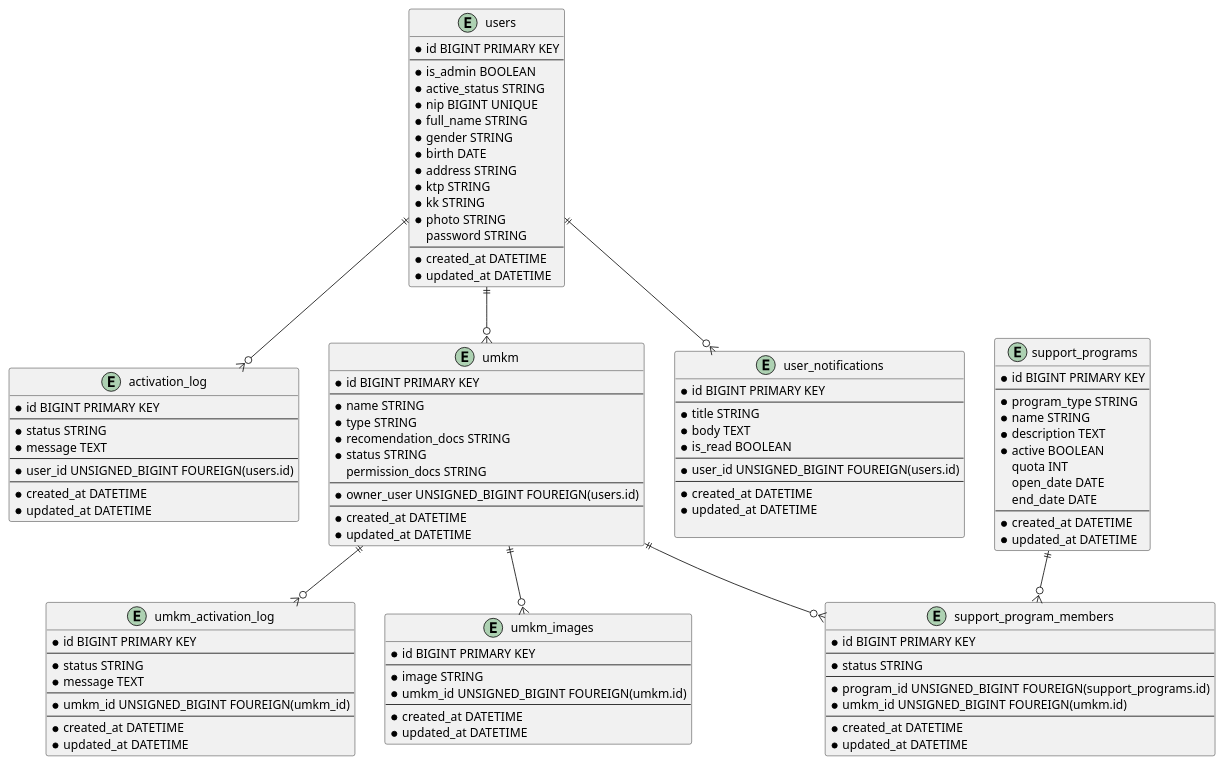
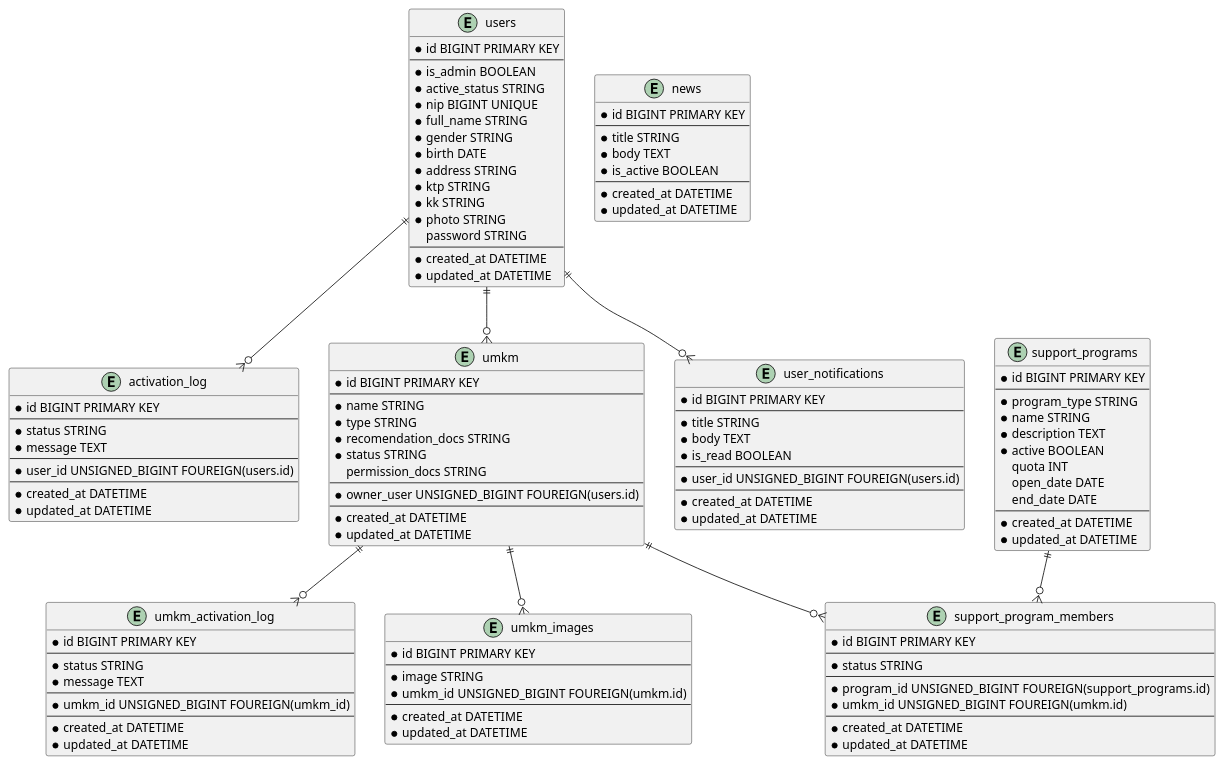
One commit to vithiaz/umkm_registration changed the diagram in db_design.puml. Above: the diagram before and after it, drawn with PlantUML. The commit also changed 18 other files, not shown here.

```diff
--- a/db_design.puml
+++ b/db_design.puml
@@ -1,140 +1,150 @@
 @startuml
 
 entity users {
     * id BIGINT PRIMARY KEY
     --
     * is_admin BOOLEAN
     * active_status STRING
     ' active
     ' pending
     * nip BIGINT UNIQUE
     * full_name STRING
     * gender STRING
     * birth DATE
     * address STRING
     * ktp STRING
     * kk STRING
     * photo STRING
     password STRING
     --
     * created_at DATETIME
     * updated_at DATETIME
 }
 
 entity activation_log {
     * id BIGINT PRIMARY KEY
     --
     * status STRING
     ' acc
     ' rejected
     ' revoked
     * message TEXT
     --
     * user_id UNSIGNED_BIGINT FOUREIGN(users.id)
     --
     * created_at DATETIME
     * updated_at DATETIME
 }
 
 entity umkm {
     * id BIGINT PRIMARY KEY
     --
     * name STRING
     * type STRING
     ' koperasi
     ' umkm
     * recomendation_docs STRING
     * status STRING
     ' verified
     ' pending
     ' rejected
     permission_docs STRING
     --
     * owner_user UNSIGNED_BIGINT FOUREIGN(users.id)
     --
     * created_at DATETIME
     * updated_at DATETIME
 }
 
 entity umkm_activation_log {
     * id BIGINT PRIMARY KEY
     --
     * status STRING
     ' acc
     ' rejected
     ' revoked
     * message TEXT
     --
     * umkm_id UNSIGNED_BIGINT FOUREIGN(umkm_id)
     --
     * created_at DATETIME
     * updated_at DATETIME
 }
 
 entity umkm_images{
     * id BIGINT PRIMARY KEY
     --
     * image STRING
     * umkm_id UNSIGNED_BIGINT FOUREIGN(umkm.id)
     --
     * created_at DATETIME
     * updated_at DATETIME
 }
 
 entity support_programs {
     * id BIGINT PRIMARY KEY
     --
     * program_type STRING
     * name STRING
     * description TEXT
     * active BOOLEAN
     quota INT
     open_date DATE
     end_date DATE
     --
     * created_at DATETIME
     * updated_at DATETIME
 }
 
 entity support_program_members {
     * id BIGINT PRIMARY KEY
     --
     * status STRING
     ' pending
     ' verified
     --
     * program_id UNSIGNED_BIGINT FOUREIGN(support_programs.id)
     * umkm_id UNSIGNED_BIGINT FOUREIGN(umkm.id)
     --
     * created_at DATETIME
     * updated_at DATETIME
 }
 
 entity user_notifications {
     * id BIGINT PRIMARY KEY
     --
     * title STRING
     * body TEXT
     * is_read BOOLEAN
     --
     * user_id UNSIGNED_BIGINT FOUREIGN(users.id)
     --
     * created_at DATETIME
     * updated_at DATETIME
+}
 
+entity news {
+    * id BIGINT PRIMARY KEY
+    --
+    * title STRING
+    * body TEXT
+    * is_active BOOLEAN
+    --
+    * created_at DATETIME
+    * updated_at DATETIME
 }
 
 
 
 
 users ||--o{ user_notifications
 users ||--o{ umkm
 users ||--o{ activation_log
 
 support_programs ||--o{ support_program_members
 umkm ||--o{ support_program_members
 
 umkm ||--o{ umkm_images
 umkm ||--o{ umkm_activation_log
 
 @enduml
```
